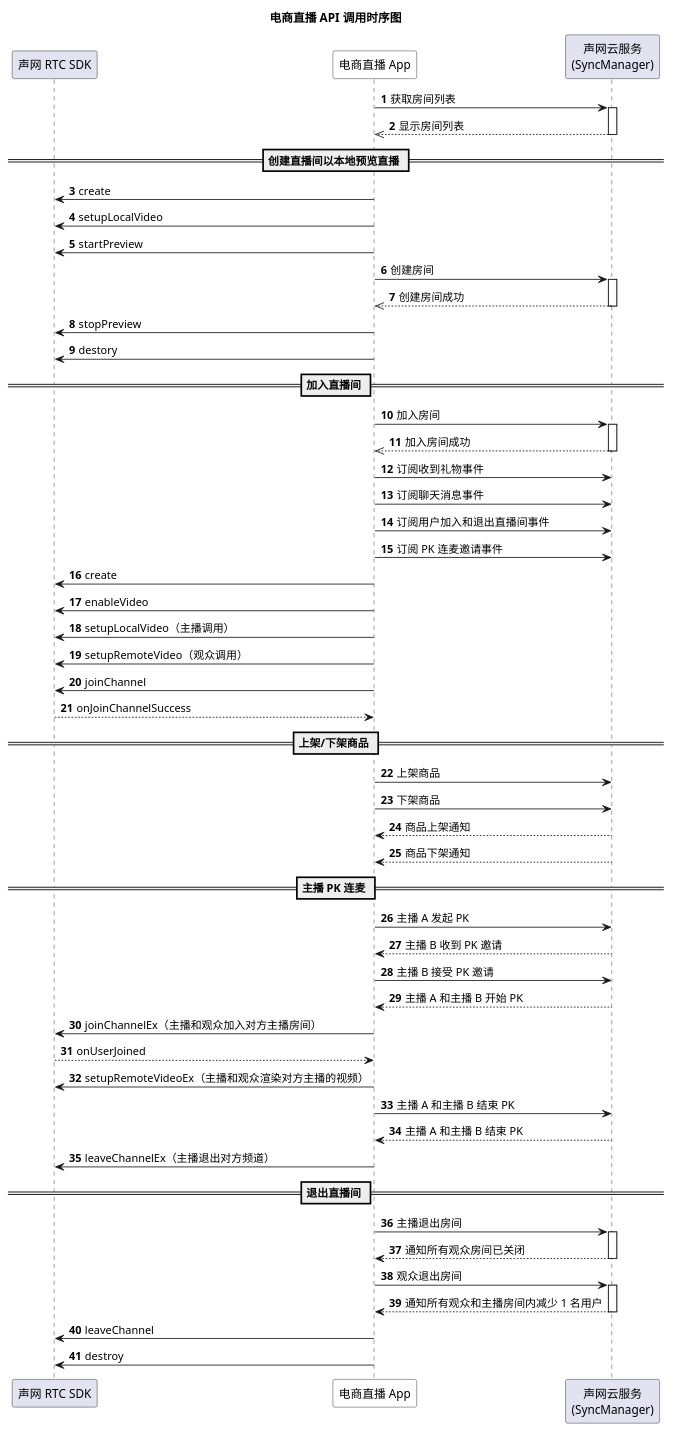
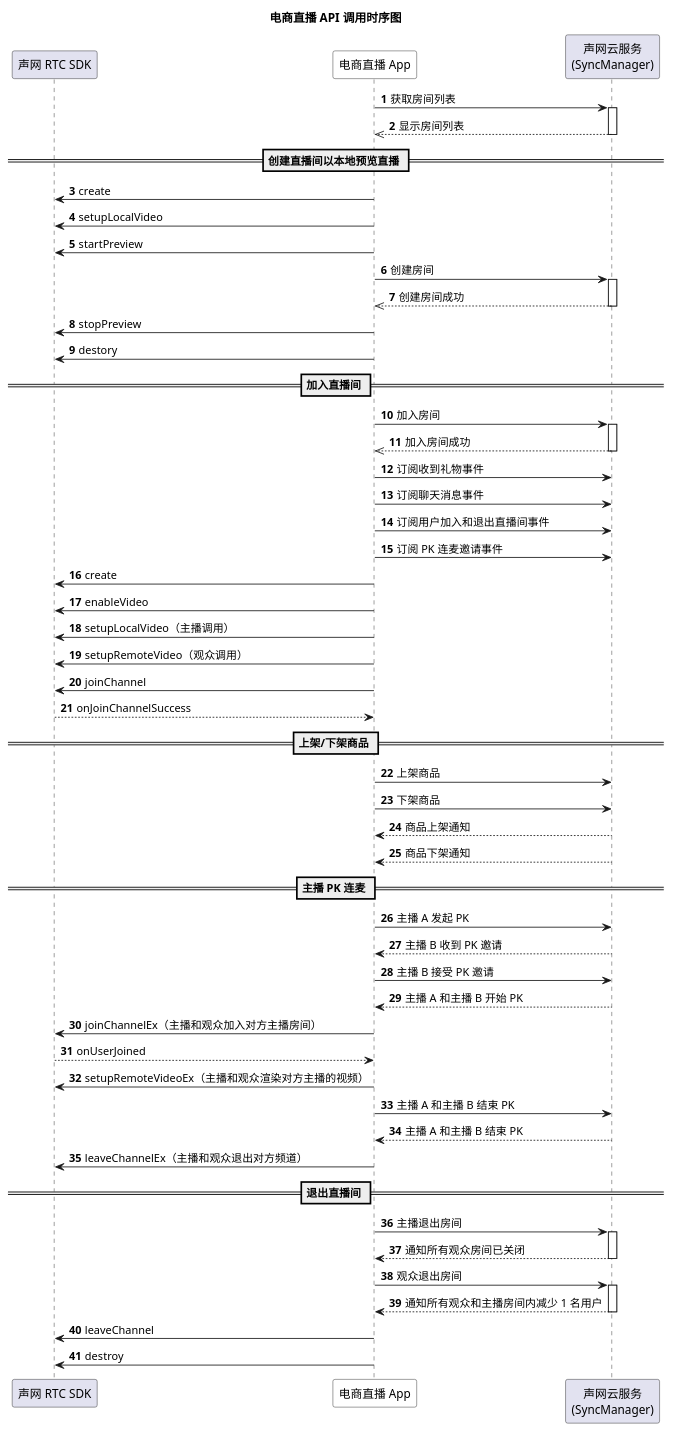
One commit to AgoraIO/agora_doc_source changed the diagram in markdown/Live-stream Shopping/api-sequence.wsd. Above: the diagram before and after it, drawn with PlantUML. The commit also changed 1 other file, not shown here.

```diff
--- a/markdown/Live-stream Shopping/api-sequence.wsd
+++ b/markdown/Live-stream Shopping/api-sequence.wsd
@@ -1,63 +1,63 @@
 @startuml
 autonumber
 title 电商直播 API 调用时序图
 participant "声网 RTC SDK" as sdk
 participant "电商直播 App" as app #White
 participant "声网云服务\n(SyncManager)" as cloud
 app -> cloud: 获取房间列表
 activate cloud
 cloud -->> app: 显示房间列表
 deactivate cloud
 == 创建直播间以本地预览直播 ==
 app -> sdk: create
 app -> sdk: setupLocalVideo
 app -> sdk: startPreview
 app -> cloud: 创建房间
 activate cloud
 cloud -->> app: 创建房间成功
 deactivate cloud
 app -> sdk: stopPreview
 app -> sdk: destory
 == 加入直播间 ==
 app -> cloud: 加入房间
 activate cloud
 cloud -->> app: 加入房间成功
 deactivate cloud
 app -> cloud: 订阅收到礼物事件
 app -> cloud: 订阅聊天消息事件
 app -> cloud: 订阅用户加入和退出直播间事件
 app -> cloud: 订阅 PK 连麦邀请事件
 app -> sdk: create
 app -> sdk: enableVideo
 app -> sdk: setupLocalVideo（主播调用）
 app -> sdk: setupRemoteVideo（观众调用）
 app -> sdk: joinChannel
 sdk --> app: onJoinChannelSuccess
 == 上架/下架商品 ==
 app -> cloud: 上架商品
 app -> cloud: 下架商品
 cloud --> app: 商品上架通知
 cloud --> app: 商品下架通知
 == 主播 PK 连麦 ==
 app -> cloud: 主播 A 发起 PK
 cloud --> app: 主播 B 收到 PK 邀请
 app -> cloud: 主播 B 接受 PK 邀请
 cloud --> app: 主播 A 和主播 B 开始 PK
 app -> sdk: joinChannelEx（主播和观众加入对方主播房间）
 sdk --> app: onUserJoined
 app -> sdk: setupRemoteVideoEx（主播和观众渲染对方主播的视频）
 app -> cloud: 主播 A 和主播 B 结束 PK
 cloud --> app: 主播 A 和主播 B 结束 PK
-app -> sdk: leaveChannelEx（主播退出对方频道）
+app -> sdk: leaveChannelEx（主播和观众退出对方频道）
 == 退出直播间 ==
 app -> cloud: 主播退出房间
 activate cloud
 cloud --> app: 通知所有观众房间已关闭
 deactivate cloud
 app -> cloud: 观众退出房间
 activate cloud
 cloud --> app: 通知所有观众和主播房间内减少 1 名用户
 deactivate cloud
 app -> sdk: leaveChannel
 app -> sdk: destroy
 @enduml
```
